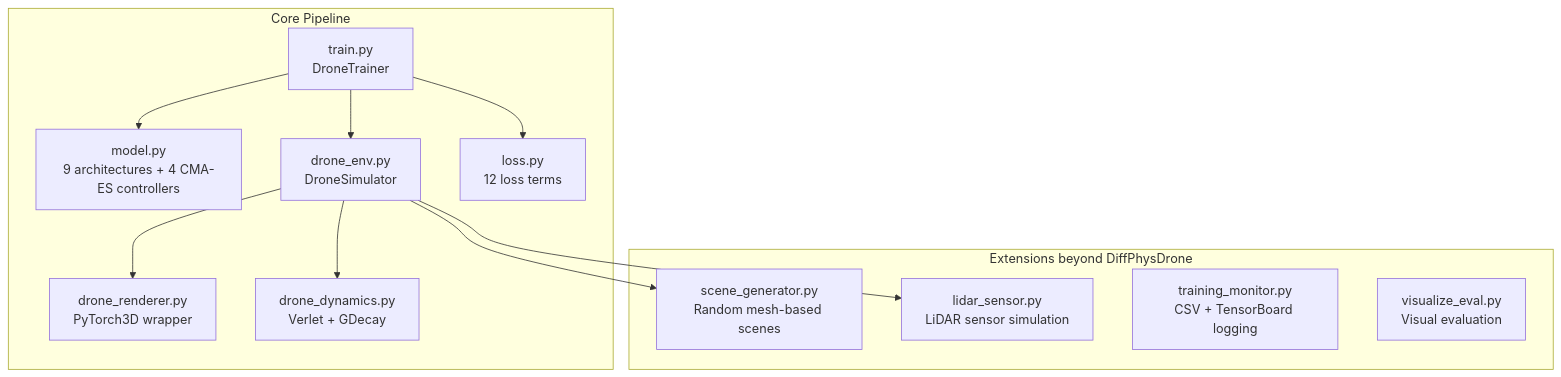
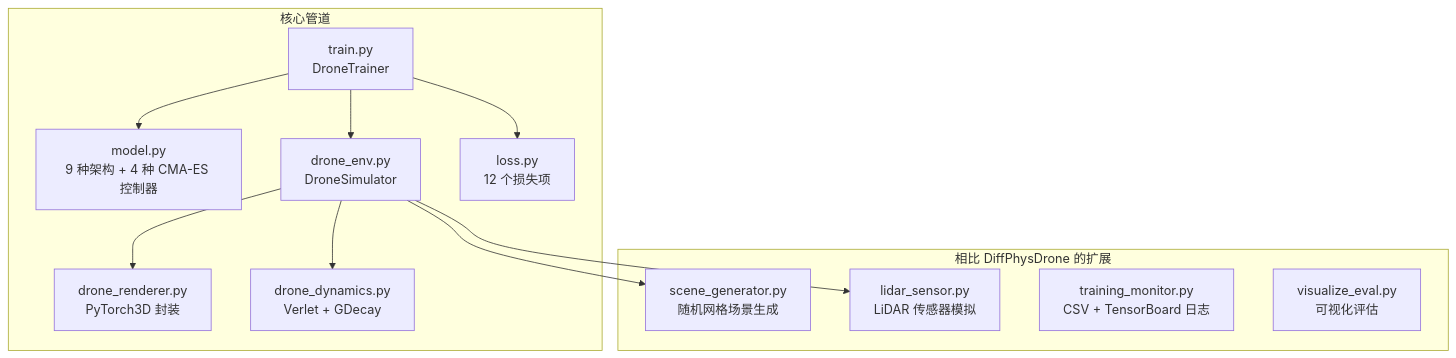
The second of 2 diagrams in README.md (kirkchinese/Diffable_Drone_Pytorch3D), drawn with Mermaid before and after one commit. The commit also changed other lines of this file and 3 other files, not shown here.

````diff
--- a/README.md
+++ b/README.md
@@ -105,26 +117,26 @@
 ```mermaid
 graph TB
-    subgraph Core ["Core Pipeline"]
+    subgraph Core ["核心管道"]
         train["train.py<br/>DroneTrainer"]
-        model["model.py<br/>9 architectures + 4 CMA-ES controllers"]
+        model["model.py<br/>9 种架构 + 4 种 CMA-ES 控制器"]
         env["drone_env.py<br/>DroneSimulator"]
-        render["drone_renderer.py<br/>PyTorch3D wrapper"]
+        render["drone_renderer.py<br/>PyTorch3D 封装"]
         dynamics["drone_dynamics.py<br/>Verlet + GDecay"]
-        loss["loss.py<br/>12 loss terms"]
+        loss["loss.py<br/>12 个损失项"]
     end
 
-    subgraph Extensions ["Extensions beyond DiffPhysDrone"]
-        scene["scene_generator.py<br/>Random mesh-based scenes"]
-        lidar["lidar_sensor.py<br/>LiDAR sensor simulation"]
-        monitor["training_monitor.py<br/>CSV + TensorBoard logging"]
-        viz["visualize_eval.py<br/>Visual evaluation"]
+    subgraph Extensions ["相比 DiffPhysDrone 的扩展"]
+        scene["scene_generator.py<br/>随机网格场景生成"]
+        lidar["lidar_sensor.py<br/>LiDAR 传感器模拟"]
+        monitor["training_monitor.py<br/>CSV + TensorBoard 日志"]
+        viz["visualize_eval.py<br/>可视化评估"]
     end
 
     train --> model
     train --> env
     train --> loss
     env --> render
     env --> dynamics
     env --> scene
     env --> lidar
 ```
````
